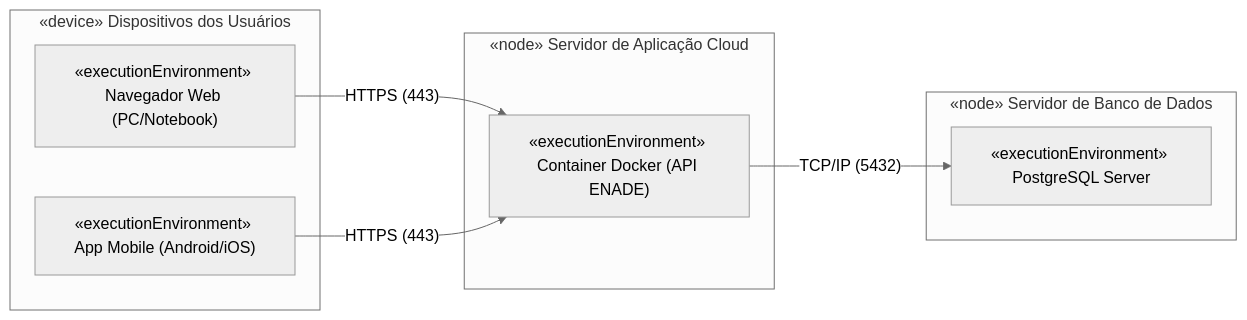
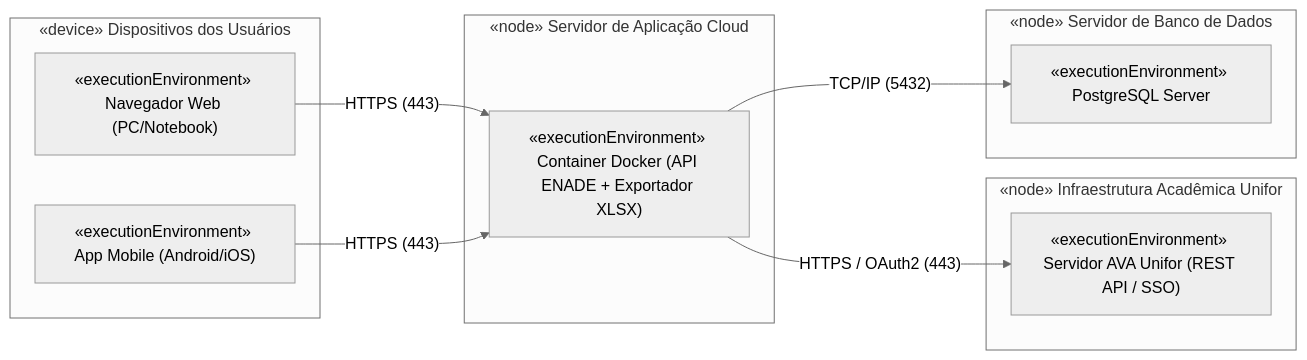
The third of 3 diagrams in README.md (joaohgabriell/sistema-apoio-enade-unifor), drawn with Mermaid (neutral theme) before and after one commit. The commit also changed other lines of this file, not shown here.

Commit message:
feat: adiciona integracao com AVA Unifor para controle populacional e exportacao de planilhas

```diff
--- a/README.md
+++ b/README.md
@@ -154,17 +168,21 @@
 ~~~mermaid
 flowchart LR
     subgraph Cliente ["«device» Dispositivos dos Usuários"]
         Nav["«executionEnvironment» Navegador Web (PC/Notebook)"]
         App["«executionEnvironment» App Mobile (Android/iOS)"]
     end
     subgraph Nuvem ["«node» Servidor de Aplicação Cloud"]
-        Container["«executionEnvironment» Container Docker (API ENADE)"]
+        Container["«executionEnvironment» Container Docker (API ENADE + Exportador XLSX)"]
+    end
+    subgraph Infra_Unifor ["«node» Infraestrutura Acadêmica Unifor"]
+        AVA_Srv["«executionEnvironment» Servidor AVA Unifor (REST API / SSO)"]
     end
     subgraph BaseDados ["«node» Servidor de Banco de Dados"]
         PG["«executionEnvironment» PostgreSQL Server"]
     end
 
     Nav -- "HTTPS (443)" --> Container
     App -- "HTTPS (443)" --> Container
+    Container -- "HTTPS / OAuth2 (443)" --> AVA_Srv
     Container -- "TCP/IP (5432)" --> PG
 ~~~
```
